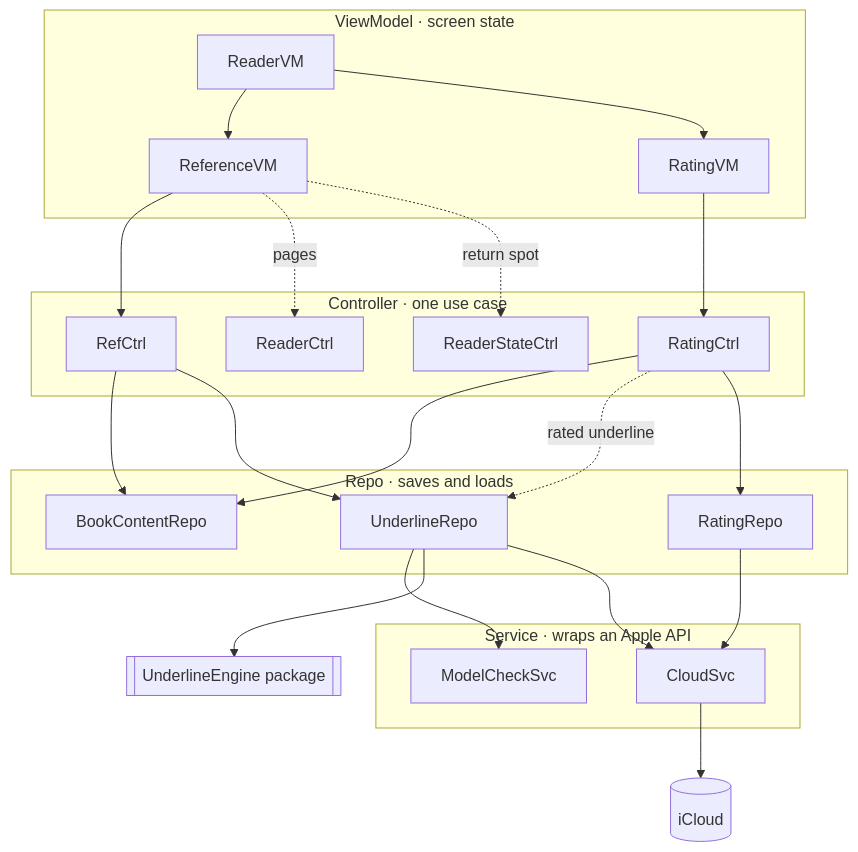
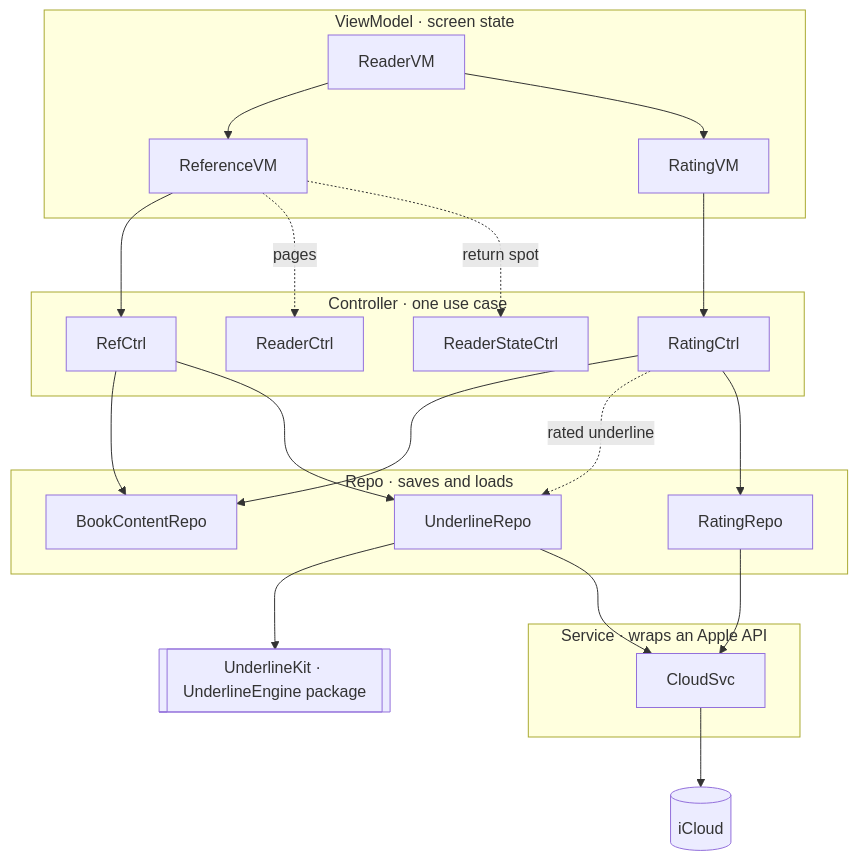
The diagram in docs/diagrams/02d-architecture-underlines.mmd (AftrHours/iRead), drawn with Mermaid before and after one commit. The commit also changed 5 other files, not shown here.

Commit message:
docs: [AB] describe the engine through UnderlineKit and drop ModelCheckSvc from the architecture and diagrams

```diff
--- a/docs/diagrams/02d-architecture-underlines.mmd
+++ b/docs/diagrams/02d-architecture-underlines.mmd
@@ -1,42 +1,40 @@
 flowchart TB
   subgraph ViewModel["ViewModel · screen state"]
     ReaderVM
     ReferenceVM
     RatingVM
   end
   subgraph Controller["Controller · one use case"]
     ReaderCtrl
     RefCtrl
     RatingCtrl
     ReaderStateCtrl
   end
   subgraph Repo["Repo · saves and loads"]
     BookContentRepo
     UnderlineRepo
     RatingRepo
   end
   subgraph Service["Service · wraps an Apple API"]
-    ModelCheckSvc
     CloudSvc
   end
-  Engine[[UnderlineEngine package]]
+  Engine[[UnderlineKit · UnderlineEngine package]]
   iCloud[(iCloud)]
 
   ReaderVM --> ReferenceVM
   ReaderVM --> RatingVM
   ReferenceVM --> RefCtrl
   ReferenceVM -. pages .-> ReaderCtrl
   ReferenceVM -. return spot .-> ReaderStateCtrl
   RatingVM --> RatingCtrl
 
   RefCtrl --> BookContentRepo
   RefCtrl --> UnderlineRepo
   RatingCtrl --> BookContentRepo
   RatingCtrl -. rated underline .-> UnderlineRepo
   RatingCtrl --> RatingRepo
 
-  UnderlineRepo --> ModelCheckSvc
   UnderlineRepo --> Engine
   UnderlineRepo --> CloudSvc
   RatingRepo --> CloudSvc
   CloudSvc --> iCloud
```
